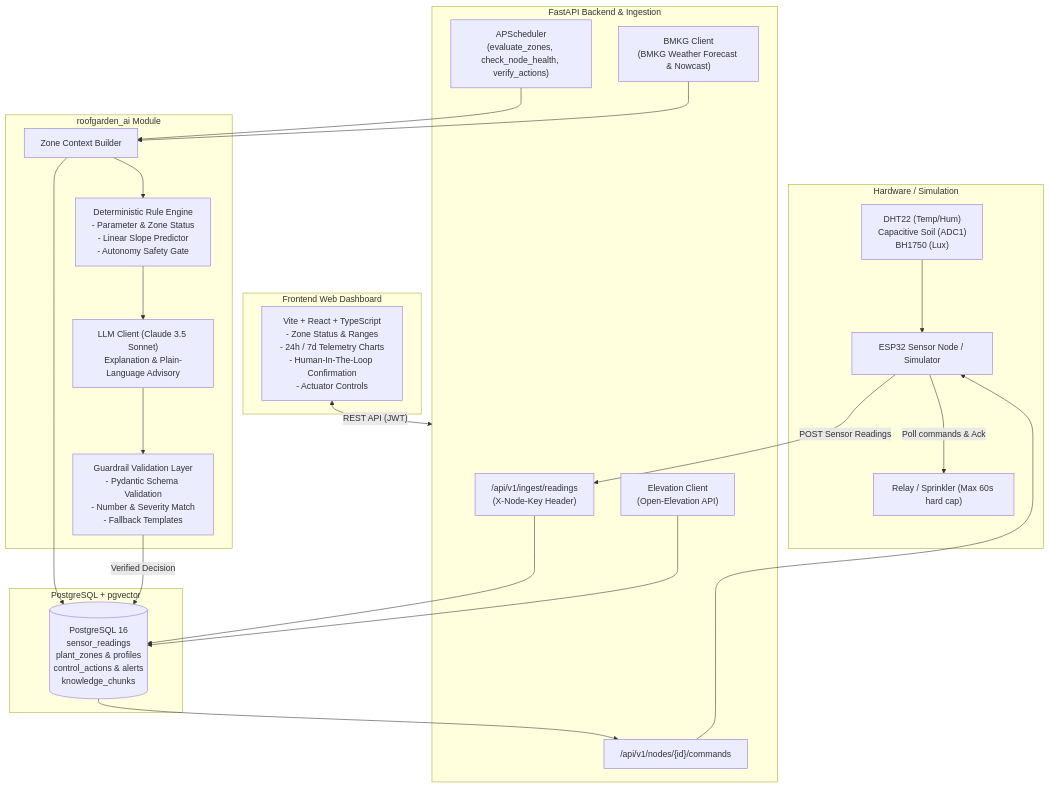
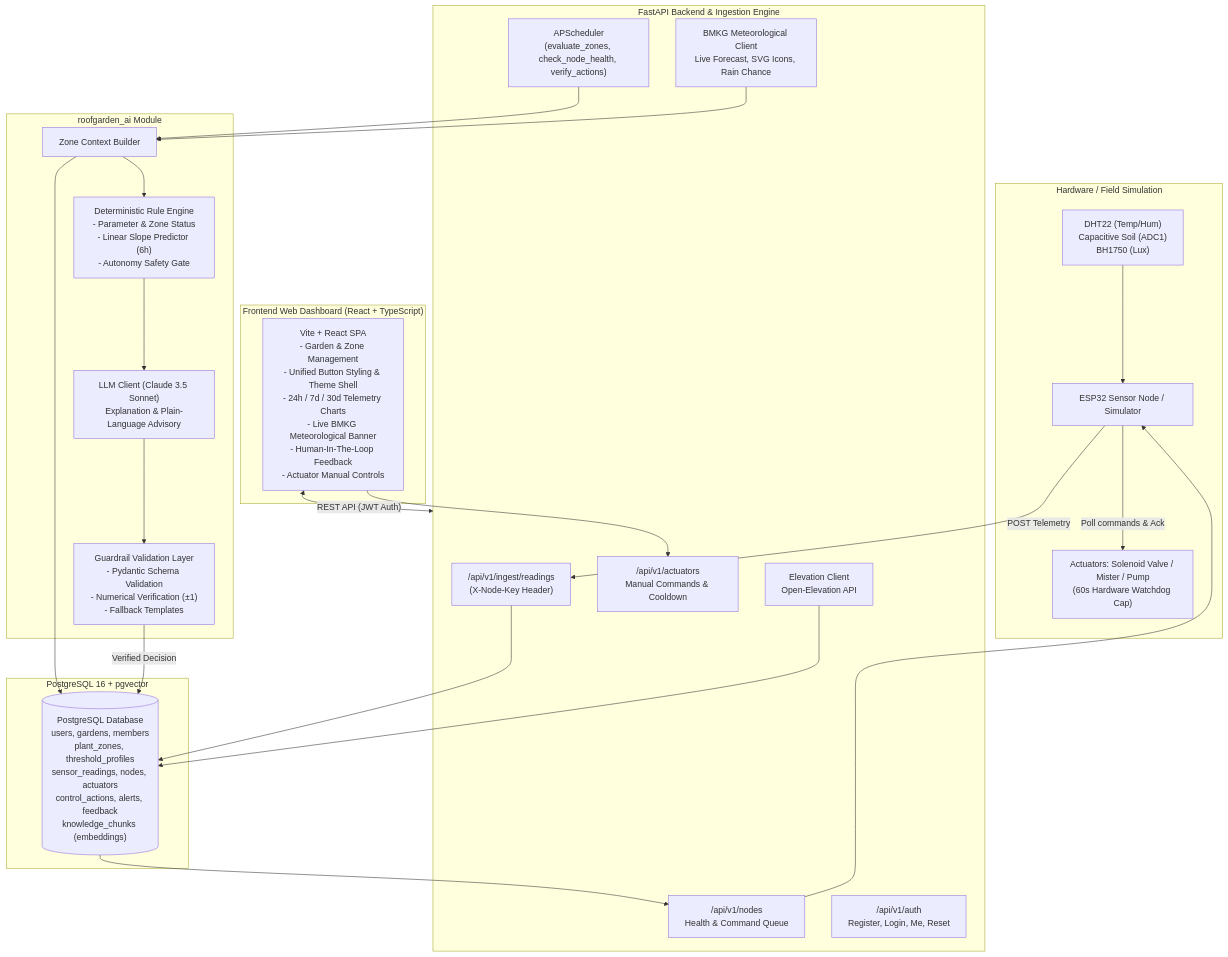
The diagram in README.md (lisamzhr/G7_RPLProject_Menara), drawn with Mermaid before and after one commit. The commit also changed other lines of this file and 15 other files, not shown here.

````diff
--- a/README.md
+++ b/README.md
@@ -9,50 +9,52 @@
 ```mermaid
 flowchart TD
-    subgraph Hardware ["Hardware / Simulation"]
+    subgraph Hardware ["Hardware / Field Simulation"]
         ESP32["ESP32 Sensor Node / Simulator"]
         Sensors["DHT22 (Temp/Hum)<br/>Capacitive Soil (ADC1)<br/>BH1750 (Lux)"]
-        Actuator["Relay / Sprinkler (Max 60s hard cap)"]
+        ActuatorsHardware["Actuators: Solenoid Valve / Mister / Pump<br/>(60s Hardware Watchdog Cap)"]
         Sensors --> ESP32
-        ESP32 -->|Poll commands & Ack| Actuator
+        ESP32 -->|Poll commands & Ack| ActuatorsHardware
     end
 
-    subgraph Backend ["FastAPI Backend & Ingestion"]
+    subgraph Backend ["FastAPI Backend & Ingestion Engine"]
         IngestAPI["/api/v1/ingest/readings<br/>(X-Node-Key Header)"]
-        CommandAPI["/api/v1/nodes/{id}/commands"]
-        BMKG["BMKG Client<br/>(BMKG Weather Forecast & Nowcast)"]
-        Elev["Elevation Client<br/>(Open-Elevation API)"]
+        ActuatorsAPI["/api/v1/actuators<br/>Manual Commands & Cooldown"]
+        NodesAPI["/api/v1/nodes<br/>Health & Command Queue"]
+        AuthAPI["/api/v1/auth<br/>Register, Login, Me, Reset"]
+        BMKG["BMKG Meteorological Client<br/>Live Forecast, SVG Icons, Rain Chance"]
+        Elev["Elevation Client<br/>Open-Elevation API"]
         Scheduler["APScheduler<br/>(evaluate_zones, check_node_health, verify_actions)"]
     end
 
-    subgraph Storage ["PostgreSQL + pgvector"]
-        DB[("PostgreSQL 16<br/>sensor_readings<br/>plant_zones & profiles<br/>control_actions & alerts<br/>knowledge_chunks")]
+    subgraph Storage ["PostgreSQL 16 + pgvector"]
+        DB[("PostgreSQL Database<br/>users, gardens, members<br/>plant_zones, threshold_profiles<br/>sensor_readings, nodes, actuators<br/>control_actions, alerts, feedback<br/>knowledge_chunks (embeddings)")]
     end
 
     subgraph AI ["roofgarden_ai Module"]
         ContextBuilder["Zone Context Builder"]
-        RuleEngine["Deterministic Rule Engine<br/>- Parameter & Zone Status<br/>- Linear Slope Predictor<br/>- Autonomy Safety Gate"]
+        RuleEngine["Deterministic Rule Engine<br/>- Parameter & Zone Status<br/>- Linear Slope Predictor (6h)<br/>- Autonomy Safety Gate"]
         LLM["LLM Client (Claude 3.5 Sonnet)<br/>Explanation & Plain-Language Advisory"]
-        Guardrails["Guardrail Validation Layer<br/>- Pydantic Schema Validation<br/>- Number & Severity Match<br/>- Fallback Templates"]
+        Guardrails["Guardrail Validation Layer<br/>- Pydantic Schema Validation<br/>- Numerical Verification (±1)<br/>- Fallback Templates"]
     end
 
-    subgraph Frontend ["Frontend Web Dashboard"]
-        ViteApp["Vite + React + TypeScript<br/>- Zone Status & Ranges<br/>- 24h / 7d Telemetry Charts<br/>- Human-In-The-Loop Confirmation<br/>- Actuator Controls"]
+    subgraph Frontend ["Frontend Web Dashboard (React + TypeScript)"]
+        ViteApp["Vite + React SPA<br/>- Garden & Zone Management<br/>- Unified Button Styling & Theme Shell<br/>- 24h / 7d / 30d Telemetry Charts<br/>- Live BMKG Meteorological Banner<br/>- Human-In-The-Loop Feedback<br/>- Actuator Manual Controls"]
     end
 
-    ESP32 -->|POST Sensor Readings| IngestAPI
+    ESP32 -->|POST Telemetry| IngestAPI
     IngestAPI --> DB
     Scheduler --> ContextBuilder
     ContextBuilder --> DB
     BMKG --> ContextBuilder
     Elev --> DB
 
     ContextBuilder --> RuleEngine
     RuleEngine --> LLM
     LLM --> Guardrails
     Guardrails -->|Verified Decision| DB
 
-    DB --> CommandAPI
-    CommandAPI --> ESP32
-
-    ViteApp <-->|"REST API (JWT)"| Backend
+    DB --> NodesAPI
+    NodesAPI --> ESP32
+    ViteApp <-->|"REST API (JWT Auth)"| Backend
+    ViteApp --> ActuatorsAPI
 ```
````
